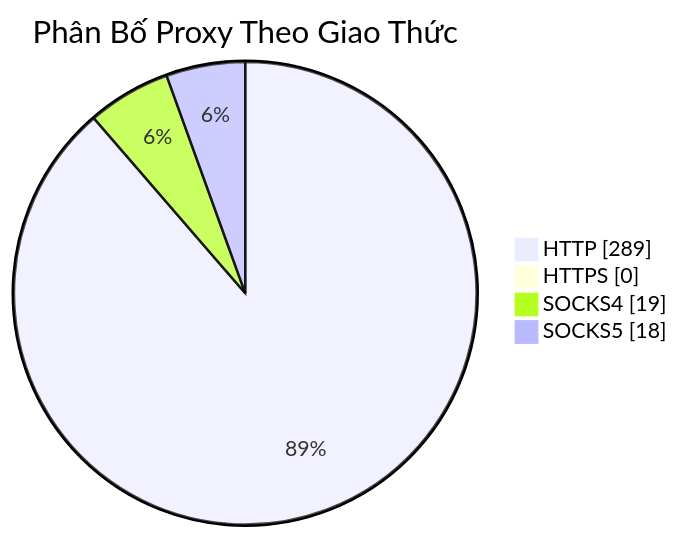
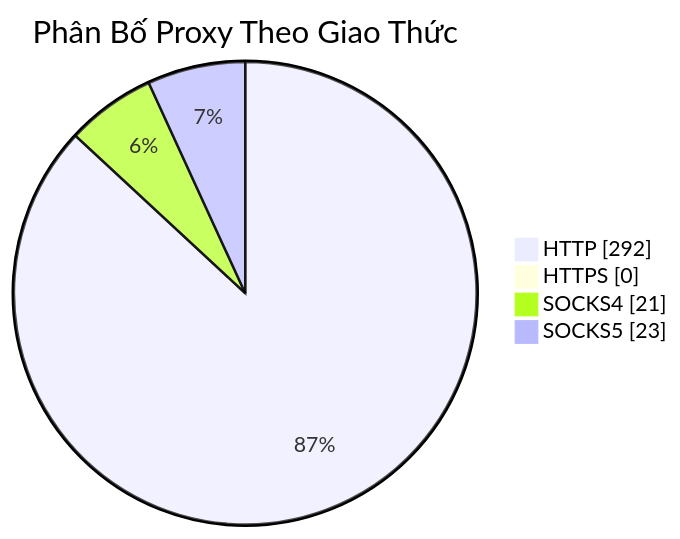
One commit to Ciara-Aa/PROXY-free changed the diagram in README.md. Above: the diagram before and after it, drawn with Mermaid. The commit also changed other lines of this file and 3 other files, not shown here.

````diff
--- a/README.md
+++ b/README.md
@@ -26,7 +26,7 @@
 ```mermaid
 pie showData title Phân Bố Proxy Theo Giao Thức
-    "HTTP" : 289
+    "HTTP" : 292
     "HTTPS" : 0
-    "SOCKS4" : 19
-    "SOCKS5" : 18
+    "SOCKS4" : 21
+    "SOCKS5" : 23
 ```
````
